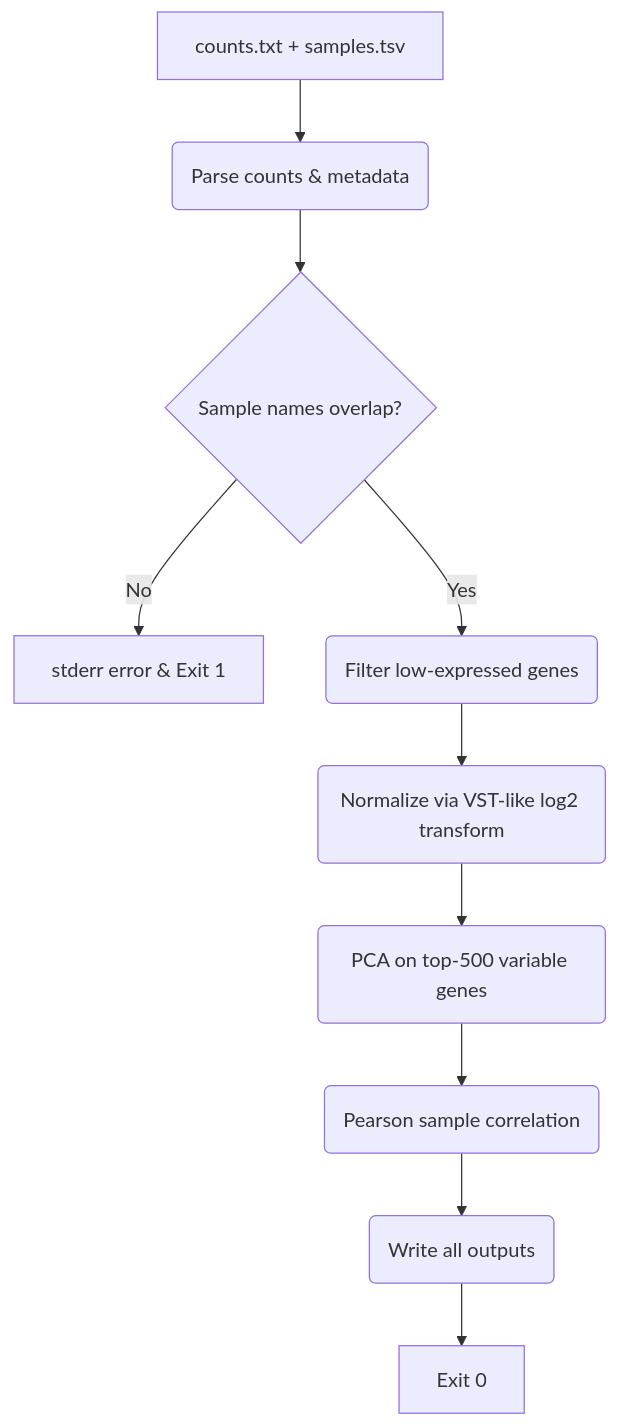
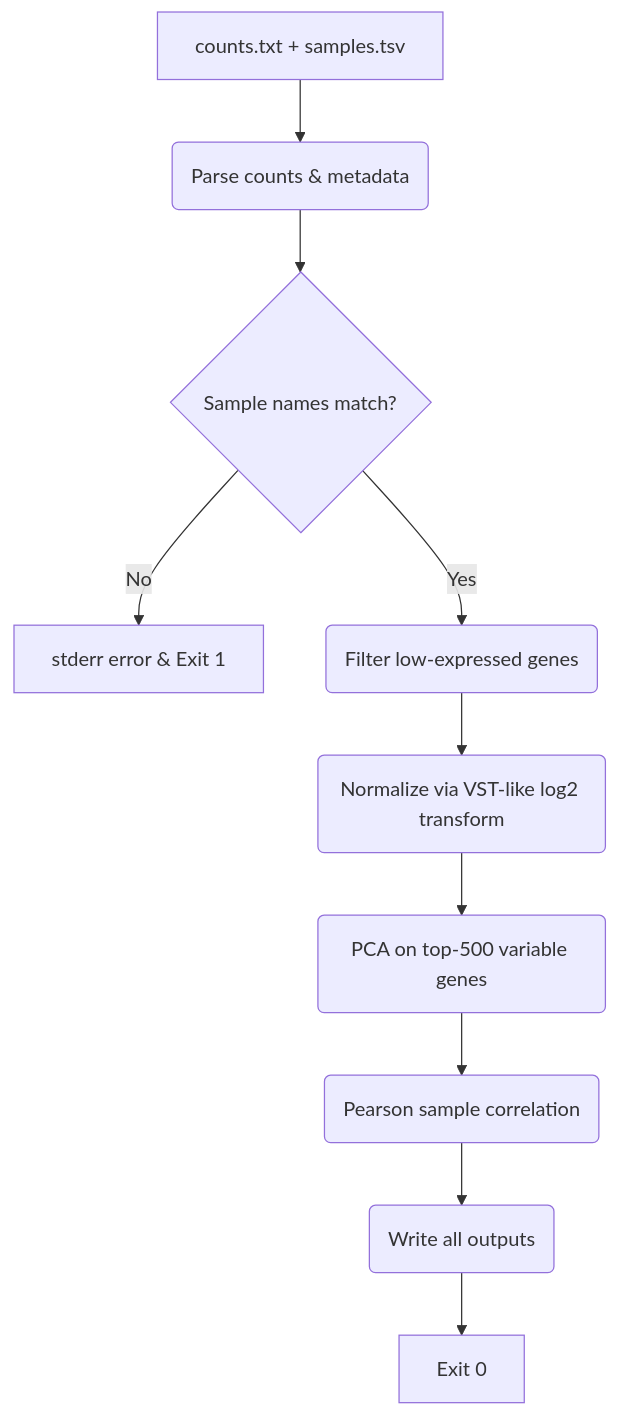
One commit to BDB-Genomics/bdb-rnaseq changed the fifth of 8 diagrams in rules/scripts/README.md. Above: the diagram before and after it, drawn with Mermaid. The commit also changed other lines of this file and 7 other files, not shown here.

````diff
--- a/rules/scripts/README.md
+++ b/rules/scripts/README.md
@@ -109,12 +132,12 @@
 ```mermaid
 graph TD
     A[counts.txt + samples.tsv] --> B(Parse counts & metadata)
-    B --> C{Sample names overlap?}
+    B --> C{Sample names match?}
     C -- No --> D[stderr error & Exit 1]
     C -- Yes --> E(Filter low-expressed genes)
     E --> F(Normalize via VST-like log2 transform)
     F --> G(PCA on top-500 variable genes)
     G --> H(Pearson sample correlation)
     H --> I(Write all outputs)
     I --> J[Exit 0]
 ```
````
